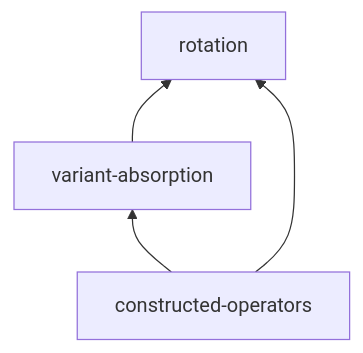
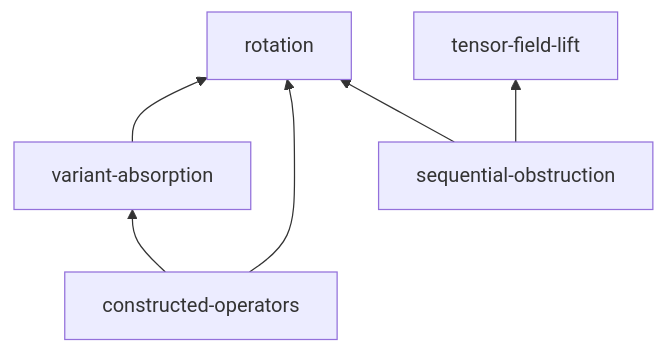
One commit to crutcher/palace_whiteroom changed the first of 4 diagrams in book/src/concepts/dependency-map.md. Above: the diagram before and after it, drawn with Mermaid. The commit also changed other lines of this file and 7 other files, not shown here.

````diff
--- a/book/src/concepts/dependency-map.md
+++ b/book/src/concepts/dependency-map.md
@@ -15,6 +15,8 @@
 ```mermaid
 graph BT
   variant-absorption --> rotation
   constructed-operators --> rotation
   constructed-operators --> variant-absorption
+  sequential-obstruction --> rotation
+  sequential-obstruction --> tensor-field-lift
 ```
````
